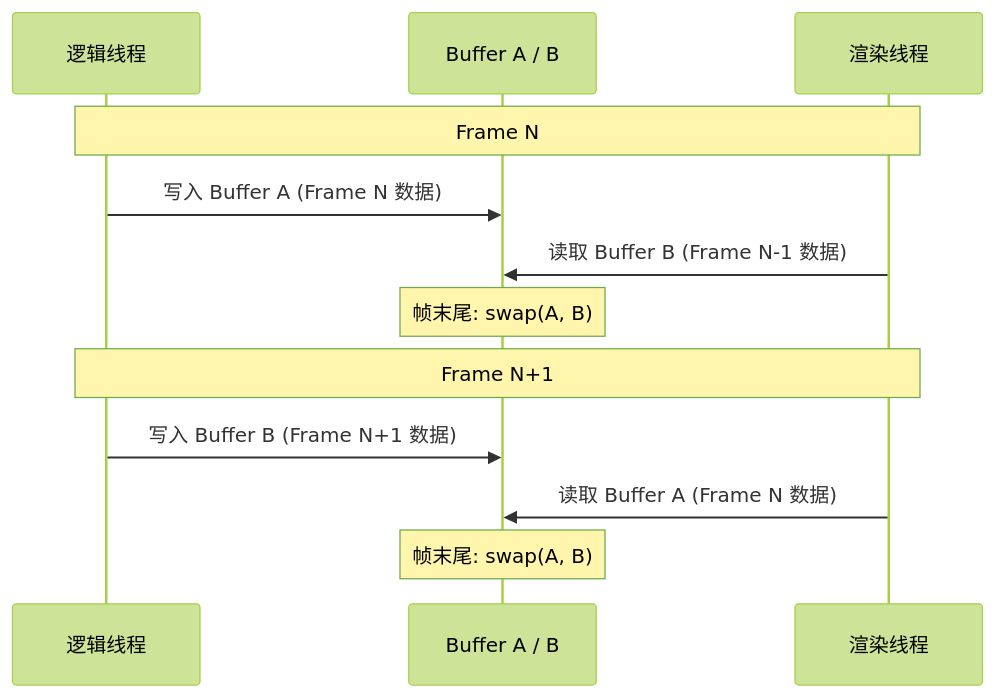
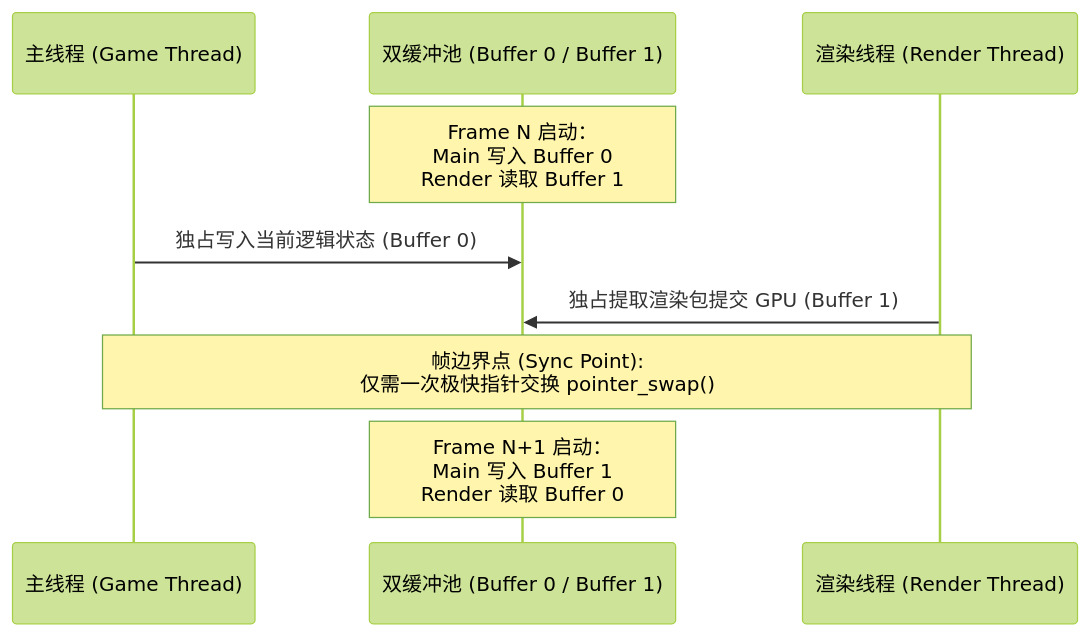
The second of 2 diagrams in src/content/posts/os/02_synchronization.md (Lumivers/firefly), drawn with Mermaid (forest theme) before and after one commit. The commit also changed other lines of this file and 39 other files, not shown here.

````diff
--- a/src/content/posts/os/02_synchronization.md
+++ b/src/content/posts/os/02_synchronization.md
@@ -739,16 +248,12 @@
 ```mermaid
 sequenceDiagram
-    participant Logic as 逻辑线程
-    participant Buf as Buffer A / B
-    participant Render as 渲染线程
+    participant Main as 主线程 (Game Thread)
+    participant Buffer as 双缓冲池 (Buffer 0 / Buffer 1)
+    participant Render as 渲染线程 (Render Thread)
 
-    Note over Logic,Render: Frame N
-    Logic->>Buf: 写入 Buffer A (Frame N 数据)
-    Render->>Buf: 读取 Buffer B (Frame N-1 数据)
-    Note over Buf: 帧末尾: swap(A, B)
-    
-    Note over Logic,Render: Frame N+1
-    Logic->>Buf: 写入 Buffer B (Frame N+1 数据)
-    Render->>Buf: 读取 Buffer A (Frame N 数据)
-    Note over Buf: 帧末尾: swap(A, B)
+    Note over Buffer: Frame N 启动：<br/>Main 写入 Buffer 0<br/>Render 读取 Buffer 1
+    Main->>Buffer: 独占写入当前逻辑状态 (Buffer 0)
+    Render->>Buffer: 独占提取渲染包提交 GPU (Buffer 1)
+    Note over Main,Render: 帧边界点 (Sync Point):<br/>仅需一次极快指针交换 pointer_swap()
+    Note over Buffer: Frame N+1 启动：<br/>Main 写入 Buffer 1<br/>Render 读取 Buffer 0
 ```
````
